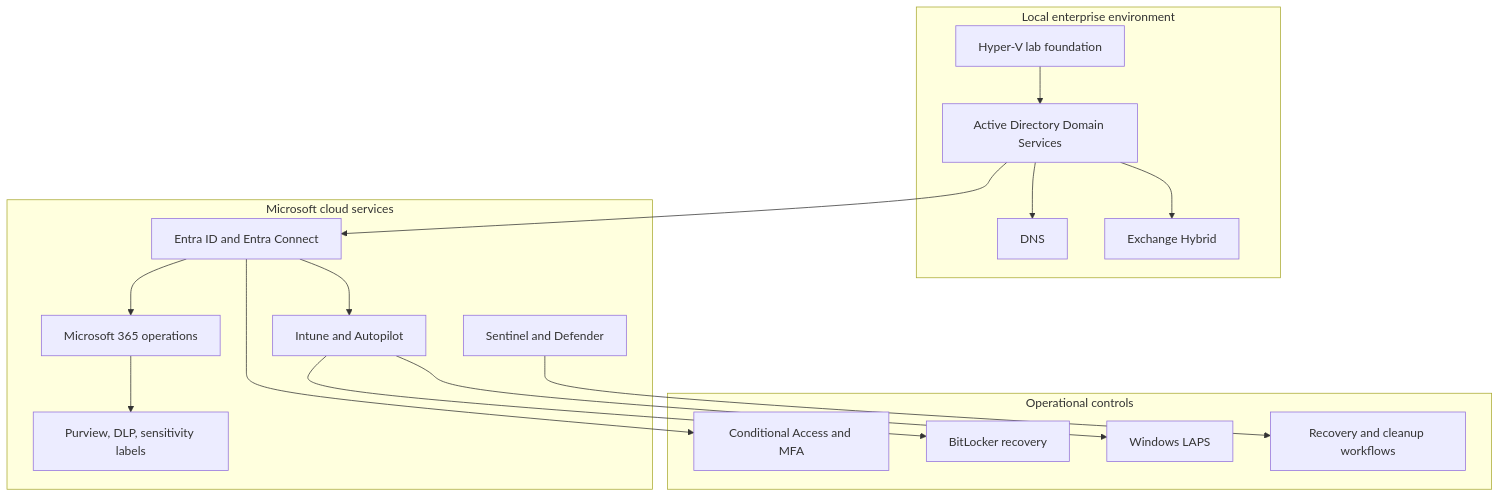
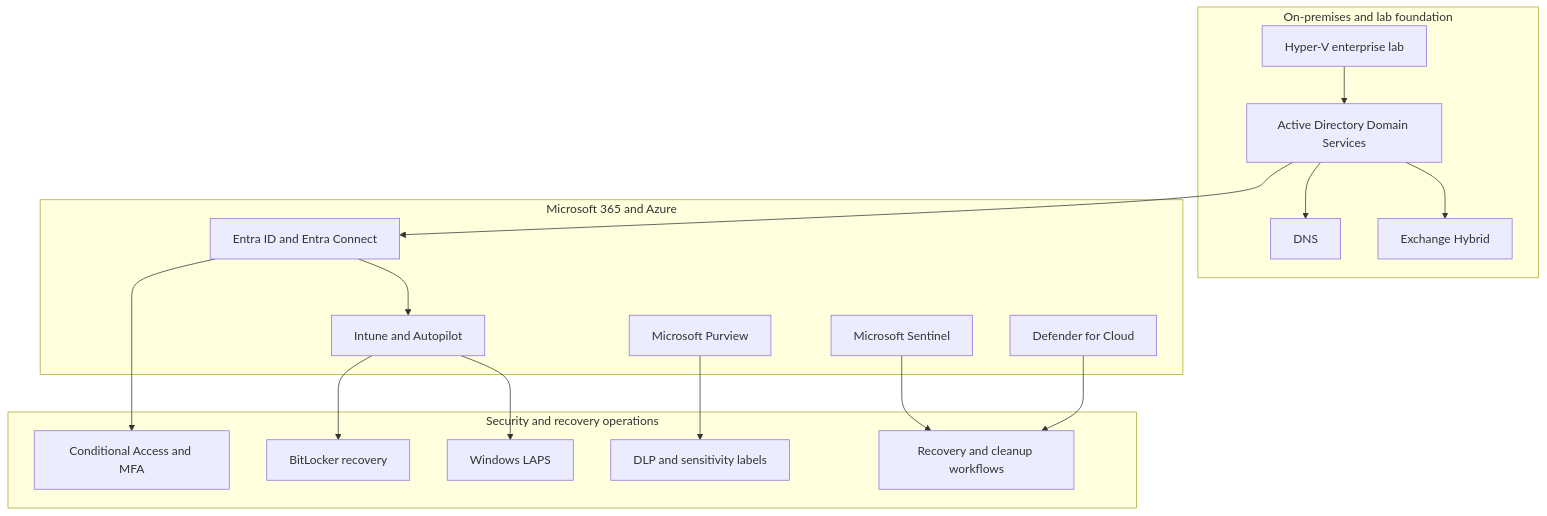
One commit to jrikobd-azaws/azawslab-enterprise-hybrid-security changed the diagram in site/releases/release1.md. Above: the diagram before and after it, drawn with Mermaid. The commit also changed other lines of this file and 4 other files, not shown here.

````diff
--- a/site/releases/release1.md
+++ b/site/releases/release1.md
@@ -31,36 +31,37 @@
 ```mermaid
 flowchart TD
-    subgraph Local["Local enterprise environment"]
+    subgraph OnPrem["On-premises and lab foundation"]
+        HV["Hyper-V enterprise lab"]
         AD["Active Directory Domain Services"]
         DNS["DNS"]
         EX["Exchange Hybrid"]
-        HV["Hyper-V lab foundation"]
     end
 
-    subgraph Cloud["Microsoft cloud services"]
+    subgraph Cloud["Microsoft 365 and Azure"]
         ENTRA["Entra ID and Entra Connect"]
-        M365["Microsoft 365 operations"]
         INTUNE["Intune and Autopilot"]
-        PURVIEW["Purview, DLP, sensitivity labels"]
-        SECOPS["Sentinel and Defender"]
+        PURVIEW["Microsoft Purview"]
+        SENTINEL["Microsoft Sentinel"]
+        DEFENDER["Defender for Cloud"]
     end
 
-    subgraph Operations["Operational controls"]
+    subgraph Operations["Security and recovery operations"]
         CA["Conditional Access and MFA"]
         BL["BitLocker recovery"]
         LAPS["Windows LAPS"]
+        DLP["DLP and sensitivity labels"]
         REC["Recovery and cleanup workflows"]
     end
 
     HV --> AD
     AD --> DNS
     AD --> EX
     AD --> ENTRA
     ENTRA --> CA
-    ENTRA --> M365
-    M365 --> PURVIEW
     ENTRA --> INTUNE
     INTUNE --> BL
     INTUNE --> LAPS
-    SECOPS --> REC
+    PURVIEW --> DLP
+    SENTINEL --> REC
+    DEFENDER --> REC
 ```
````
